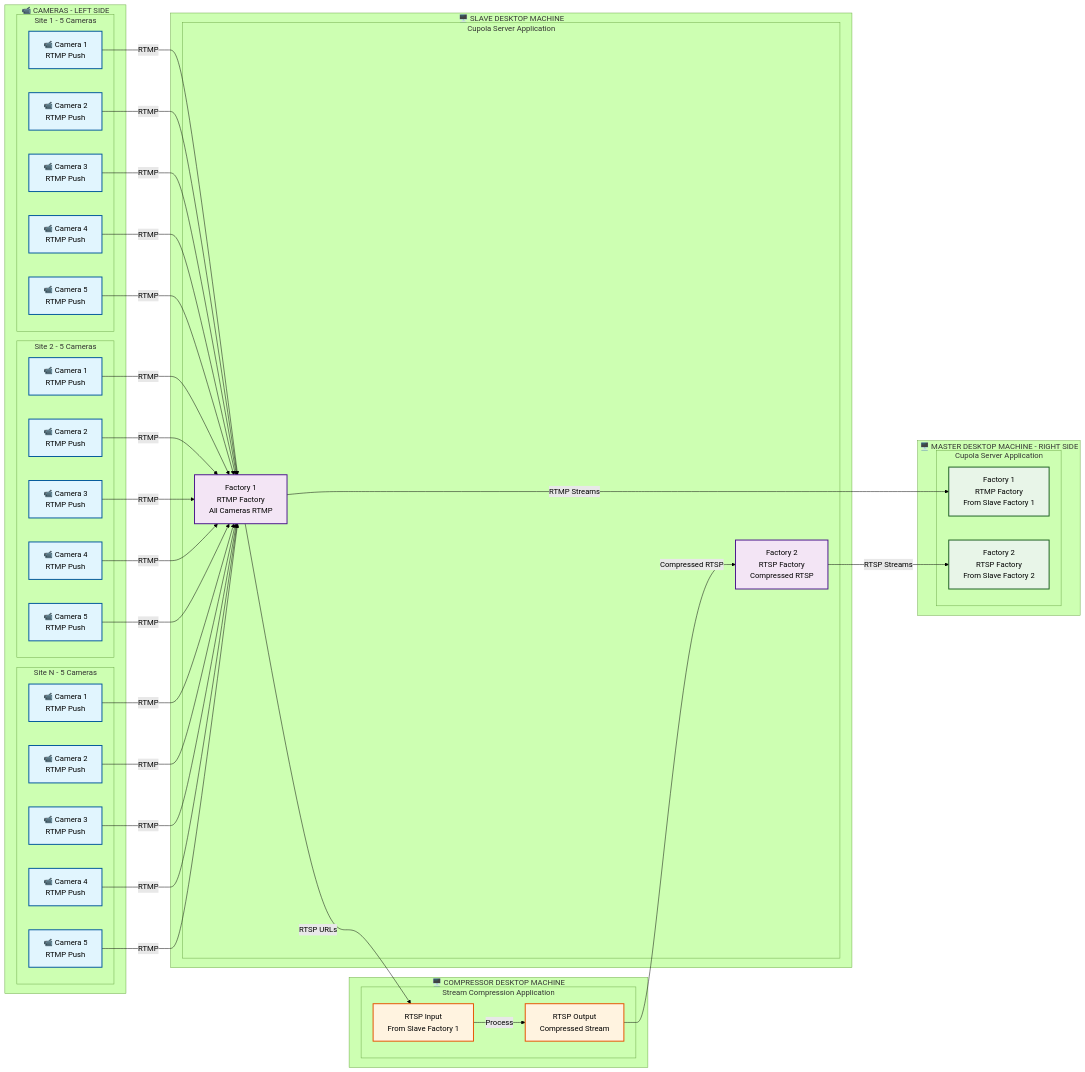
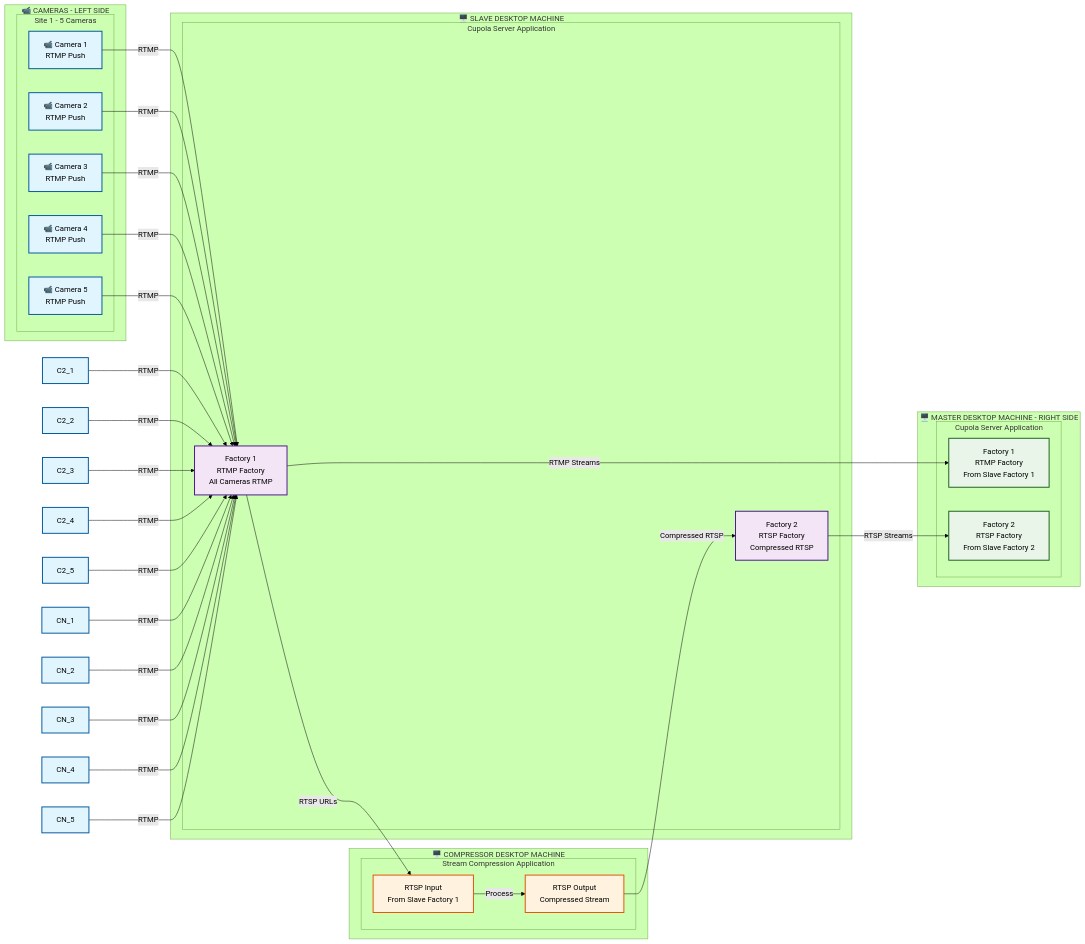
The diagram in POC_Sites_Architecture_Diagram.md (sainisoftravi/Architecture_Sites), drawn with Mermaid (forest theme) before and after one commit.

```diff
--- a/POC_Sites_Architecture_Diagram.md
+++ b/POC_Sites_Architecture_Diagram.md
@@ -16,21 +16,6 @@
             C1_5[📹 Camera 5<br/>RTMP Push]
         end
 
-        subgraph "Site 2 - 5 Cameras"
-            C2_1[📹 Camera 1<br/>RTMP Push]
-            C2_2[📹 Camera 2<br/>RTMP Push]
-            C2_3[📹 Camera 3<br/>RTMP Push]
-            C2_4[📹 Camera 4<br/>RTMP Push]
-            C2_5[📹 Camera 5<br/>RTMP Push]
-        end
-
-        subgraph "Site N - 5 Cameras"
-            CN_1[📹 Camera 1<br/>RTMP Push]
-            CN_2[📹 Camera 2<br/>RTMP Push]
-            CN_3[📹 Camera 3<br/>RTMP Push]
-            CN_4[📹 Camera 4<br/>RTMP Push]
-            CN_5[📹 Camera 5<br/>RTMP Push]
-        end
     end
 
     subgraph "🖥️ SLAVE DESKTOP MACHINE"
```
